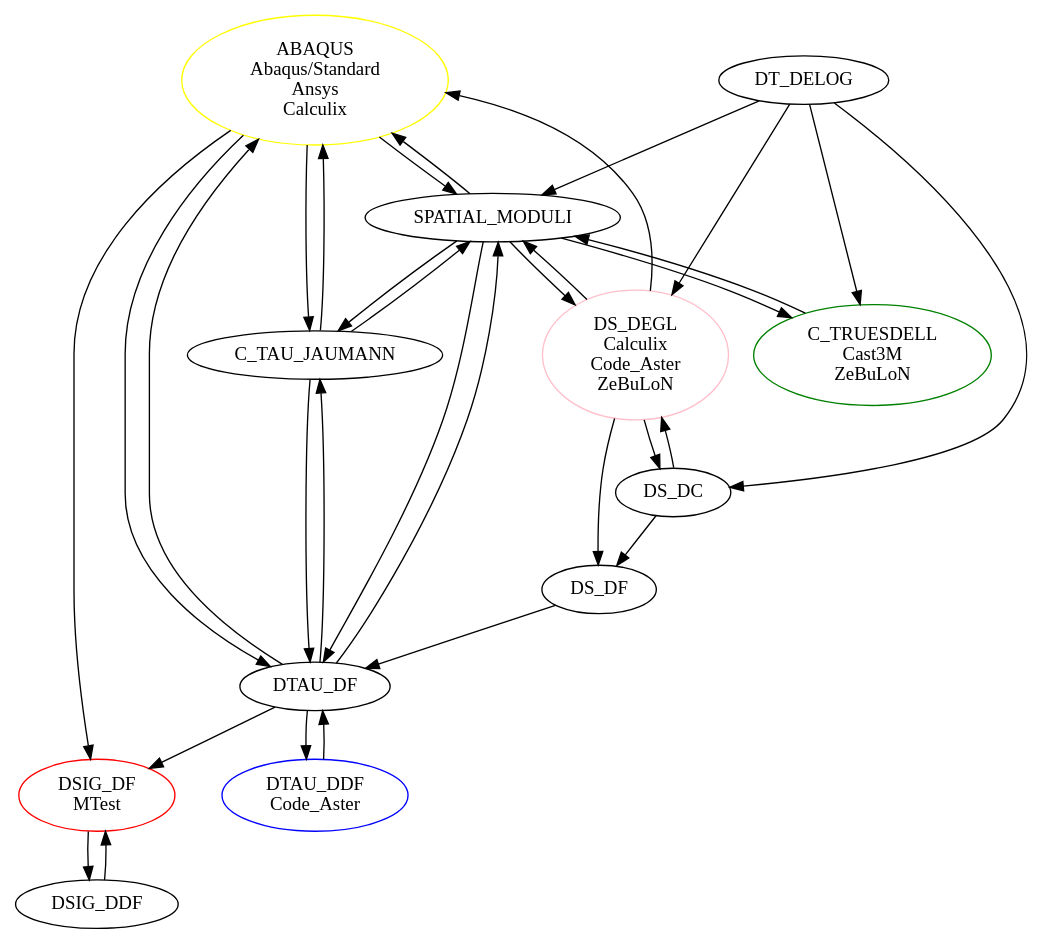
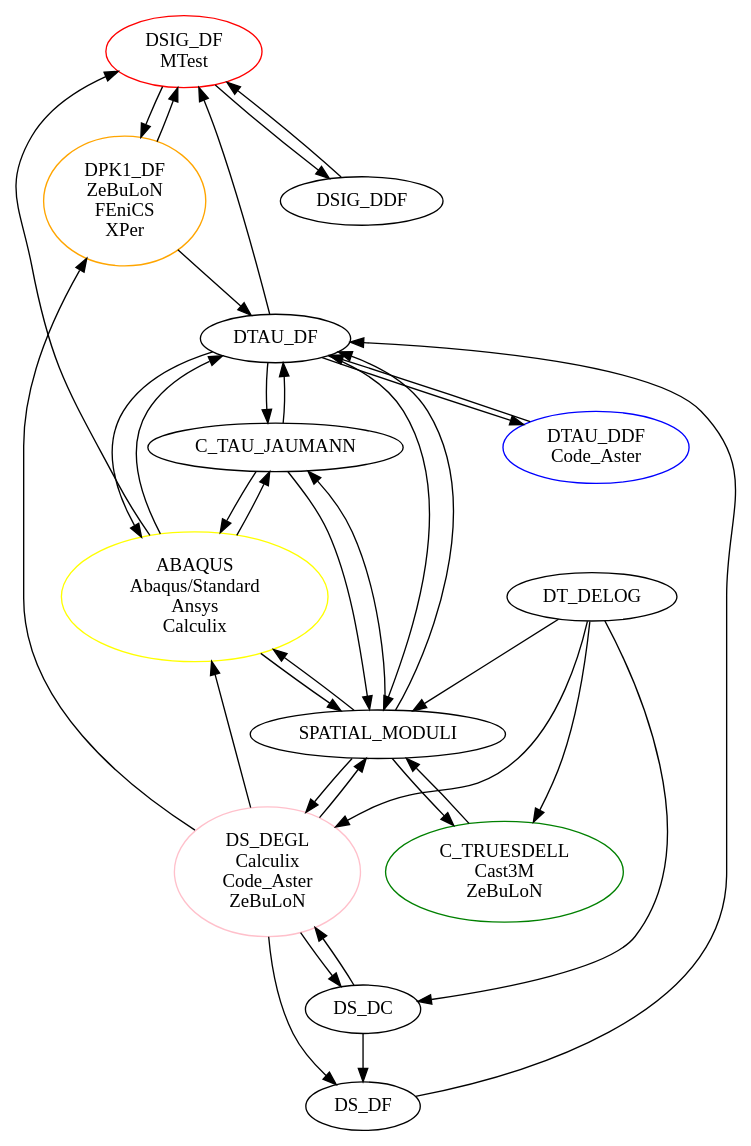
One commit to thelfer/thelfer.github.io changed the diagram in tfel/web/img/FiniteStrainTangentOperatorConvertion.dot. Above: the diagram before and after it, drawn with Graphviz. The commit also changed 128 other files, not shown here.

```diff
--- a/tfel/web/img/FiniteStrainTangentOperatorConvertion.dot
+++ b/tfel/web/img/FiniteStrainTangentOperatorConvertion.dot
@@ -1,40 +1,45 @@
 digraph tangent_operator_converter {
   graph [size="800"]
   DSIG_DF     [label="DSIG_DF\nMTest",color=red];
   C_TRUESDELL [label="C_TRUESDELL\nCast3M\nZeBuLoN",color=green];
   DTAU_DDF    [label="DTAU_DDF\nCode_Aster",color=blue];
   ABAQUS      [label="ABAQUS\nAbaqus/Standard\nAnsys\nCalculix",color=yellow];
   DS_DEGL     [label="DS_DEGL\nCalculix\nCode_Aster\nZeBuLoN",color=pink];
+  DPK1_DF     [label="DPK1_DF\nZeBuLoN\nFEniCS\nXPer",color=orange];
   DT_DELOG -> DS_DEGL;
   DT_DELOG -> DS_DC;	
   DT_DELOG -> SPATIAL_MODULI;
   DT_DELOG -> C_TRUESDELL;
   DS_DF -> DTAU_DF;
   DTAU_DF -> C_TAU_JAUMANN;
   DTAU_DF -> SPATIAL_MODULI;
   DTAU_DF -> ABAQUS;
   DTAU_DF -> DSIG_DF;
   DTAU_DF -> DTAU_DDF;
   DTAU_DDF -> DTAU_DF;
   SPATIAL_MODULI -> C_TRUESDELL;
   SPATIAL_MODULI -> ABAQUS;
   SPATIAL_MODULI -> DS_DEGL;
   SPATIAL_MODULI -> DTAU_DF;
   SPATIAL_MODULI -> C_TAU_JAUMANN;
   DSIG_DF -> DSIG_DDF;
   DSIG_DDF -> DSIG_DF;
   DS_DEGL -> DS_DC;
   DS_DEGL -> SPATIAL_MODULI;
   DS_DEGL -> ABAQUS;
   DS_DEGL -> DS_DF;
   DS_DC -> DS_DF;
   DS_DC -> DS_DEGL;
   C_TRUESDELL -> SPATIAL_MODULI;
   ABAQUS -> SPATIAL_MODULI;
   ABAQUS -> C_TAU_JAUMANN;
   ABAQUS -> DSIG_DF;
   ABAQUS -> DTAU_DF;
   C_TAU_JAUMANN -> ABAQUS;
   C_TAU_JAUMANN -> DTAU_DF;
   C_TAU_JAUMANN -> SPATIAL_MODULI;
+  DS_DEGL -> DPK1_DF
+  DSIG_DF -> DPK1_DF
+  DPK1_DF -> DTAU_DF
+  DPK1_DF -> DSIG_DF
 }
```
